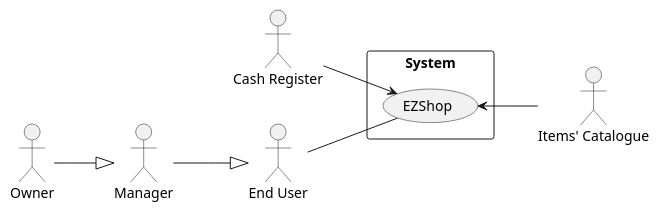
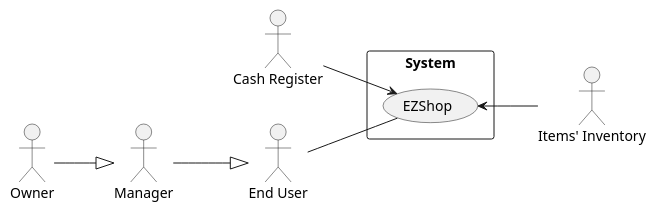
Before and after one commit to mspronesti/ezshop: the diagram in Deliverables/RequirementsDocument.md, drawn with PlantUML. The commit also changed other lines of this file, not shown here.

````diff
--- a/Deliverables/RequirementsDocument.md
+++ b/Deliverables/RequirementsDocument.md
@@ -52,28 +53,24 @@
 ```plantuml
 @startuml
 skinparam packageStyle rectangle
 left to right direction
 
 actor :End User: as eu
 actor :Manager: as m
 actor :Owner: as o
 actor :Cash Register: as cr
-actor :Items' Catalogue: as ic
-
-
+actor :Items' Inventory: as iv
 
 m --|> eu
 o --|> m
-
 
 rectangle System{
 (EZShop) as ez	
 
 cr --> ez 
-ez <-- ic
+ez <-- iv
 eu -- ez
 }
 
-
 @enduml
 ```
````
